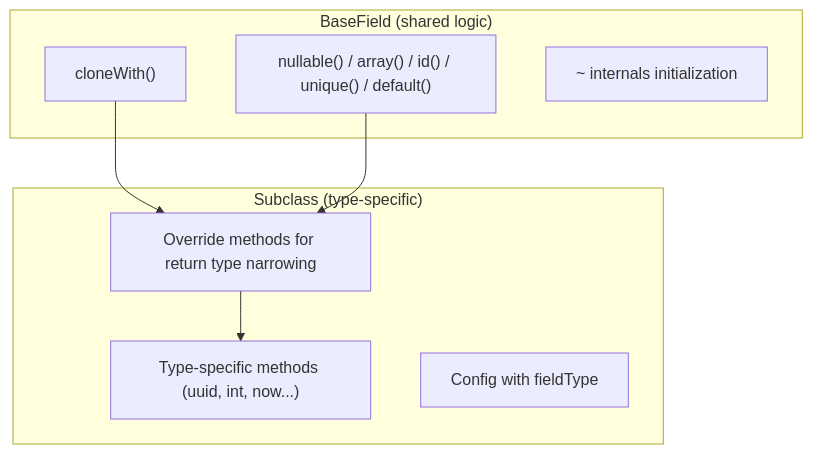
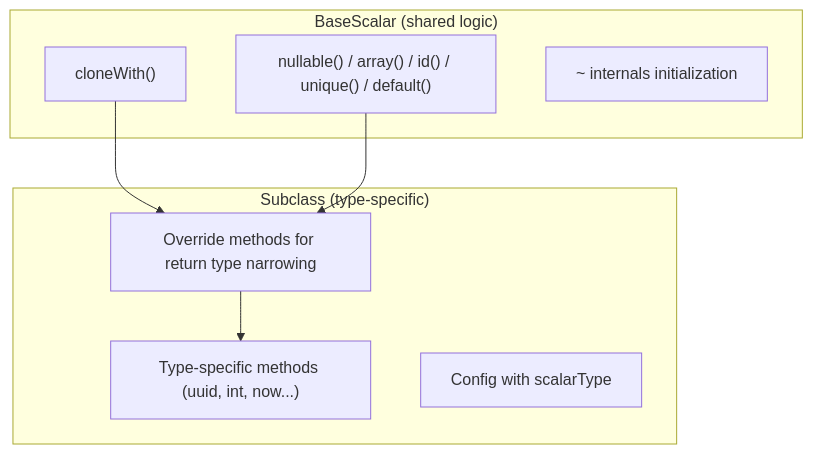
The fifth of 5 diagrams in readme/SCHEMA_ARCHITECTURE.md (beynar/viborm), drawn with Mermaid before and after one commit. The commit also changed other lines of this file and 552 other files, not shown here.

````diff
--- a/readme/SCHEMA_ARCHITECTURE.md
+++ b/readme/SCHEMA_ARCHITECTURE.md
@@ -196,18 +196,18 @@
 ```mermaid
 flowchart TB
-    subgraph "BaseField (shared logic)"
+    subgraph "BaseScalar (shared logic)"
         CW["cloneWith()"]
         CM["nullable() / array() / id() / unique() / default()"]
         INT["~ internals initialization"]
     end
     
     subgraph "Subclass (type-specific)"
         OV["Override methods for return type narrowing"]
         SP["Type-specific methods (uuid, int, now...)"]
-        CF["Config with fieldType"]
+        CF["Config with scalarType"]
     end
     
     CW --> OV
     CM --> OV
     OV --> SP
 ```
````
